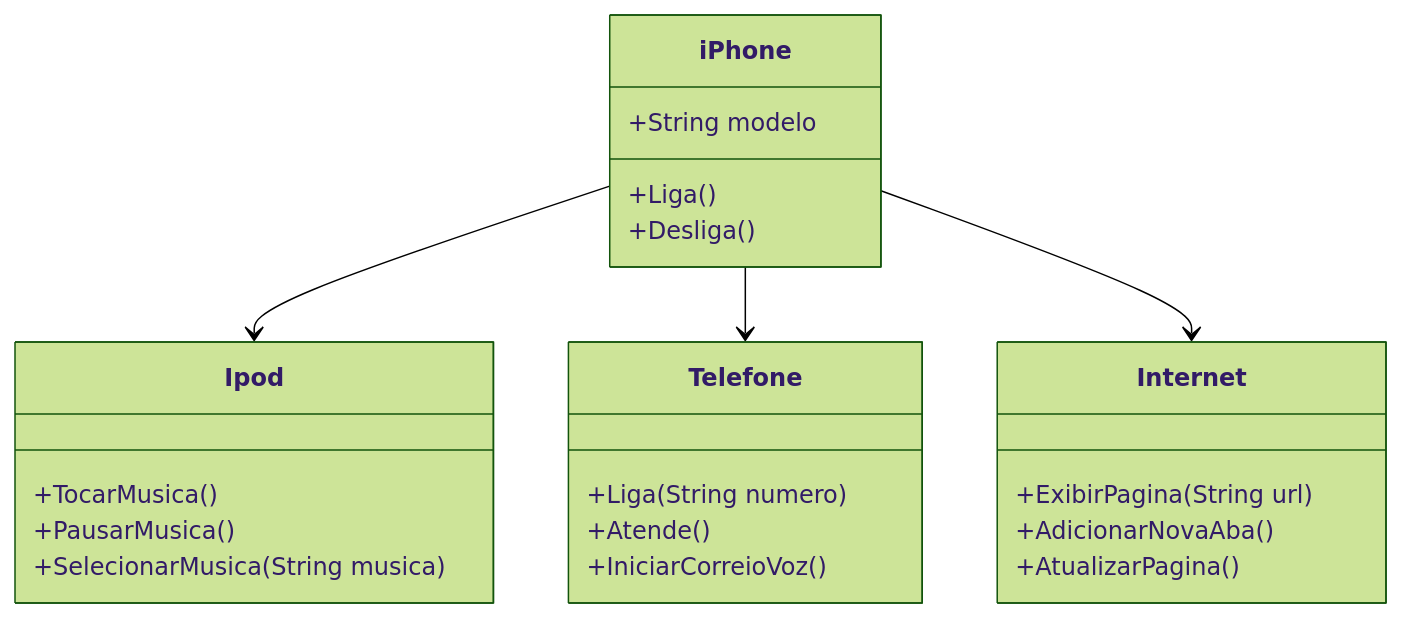
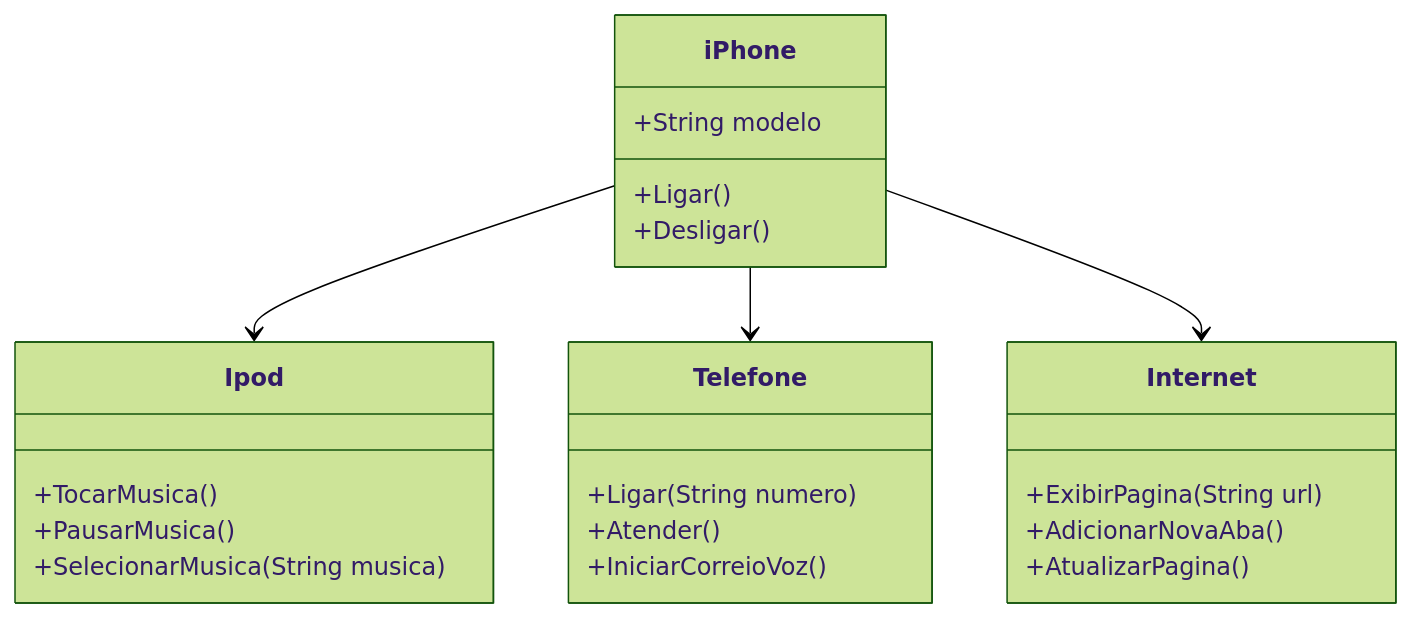
The diagram in README.md (RonanRS/dio-trilha-java-oop), drawn with Mermaid (forest theme) before and after one commit.

````diff
--- a/README.md
+++ b/README.md
@@ -61,30 +61,30 @@
 ```mermaid
 classDiagram
     class Ipod {
         +TocarMusica()
         +PausarMusica()
         +SelecionarMusica(String musica)
     }
 
     class Telefone {
-        +Liga(String numero)
-        +Atende()
+        +Ligar(String numero)
+        +Atender()
         +IniciarCorreioVoz()
     }
 
     class Internet {
         +ExibirPagina(String url)
         +AdicionarNovaAba()
         +AtualizarPagina()
     }
 
     class iPhone {
         +String modelo
-        +Liga()
-        +Desliga()
+        +Ligar()
+        +Desligar()
     }
 
     iPhone --> Ipod
     iPhone --> Telefone
     iPhone --> Internet
 ```
````
